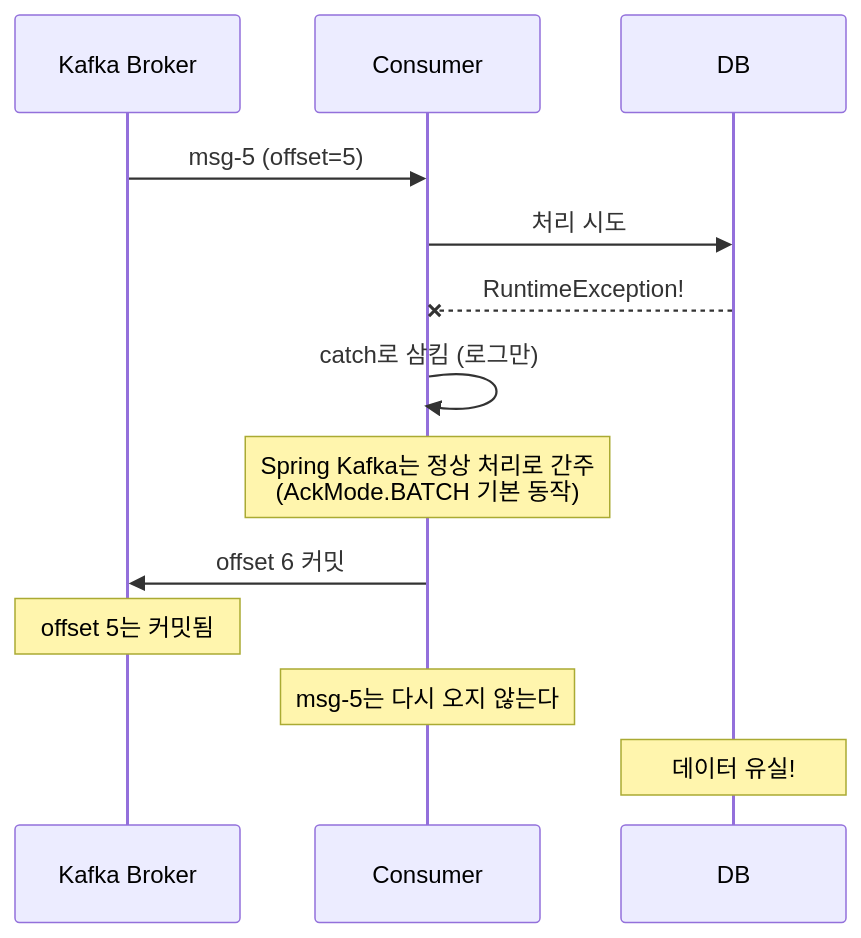
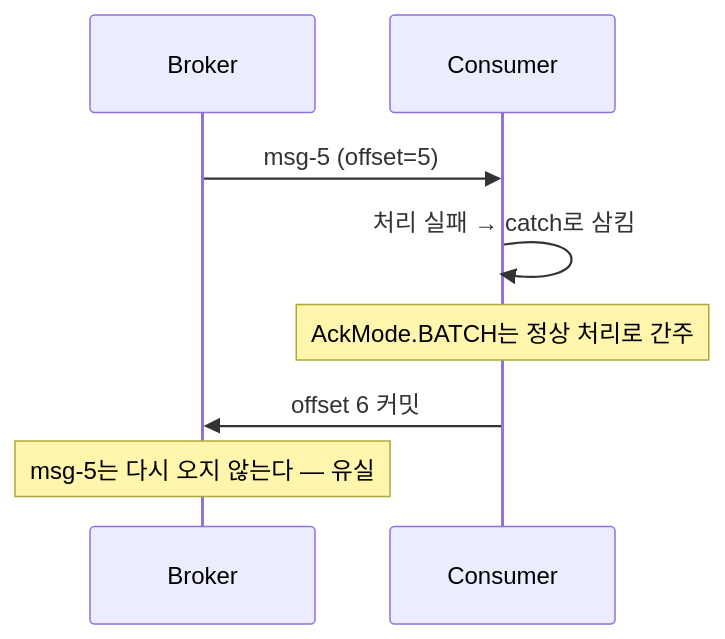
One commit to ghtjr410/kafka-lab changed the first of 2 diagrams in docs/book/2-spring/02-consumer-offset.md. Above: the diagram before and after it, drawn with Mermaid. The commit also changed other lines of this file and 1 other file, not shown here.

First line of the commit message:
docs(II권): 본편 2장 Consumer & Offset 재산문화

````diff
--- a/docs/book/2-spring/02-consumer-offset.md
+++ b/docs/book/2-spring/02-consumer-offset.md
@@ -27,17 +25,10 @@
 ```mermaid
 sequenceDiagram
-    participant K as Kafka Broker
+    participant K as Broker
     participant C as Consumer
-    participant DB as DB
-
     K->>C: msg-5 (offset=5)
-    C->>DB: 처리 시도
-    DB--xC: RuntimeException!
-    C->>C: catch로 삼킴 (로그만)
-    Note over C: Spring Kafka는 정상 처리로 간주<br/>(AckMode.BATCH 기본 동작)
+    C->>C: 처리 실패 → catch로 삼킴
+    Note over C: AckMode.BATCH는 정상 처리로 간주
     C->>K: offset 6 커밋
-
-    Note over K: offset 5는 커밋됨
-    Note over C: msg-5는 다시 오지 않는다
-    Note over DB: 데이터 유실!
+    Note over K: msg-5는 다시 오지 않는다 — 유실
 ```
````
